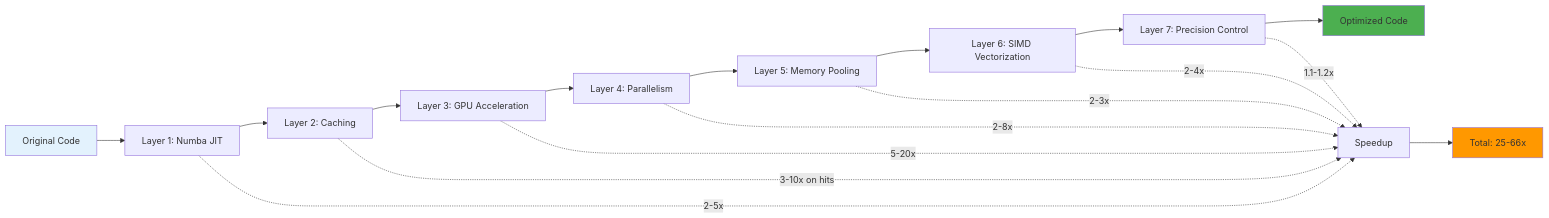
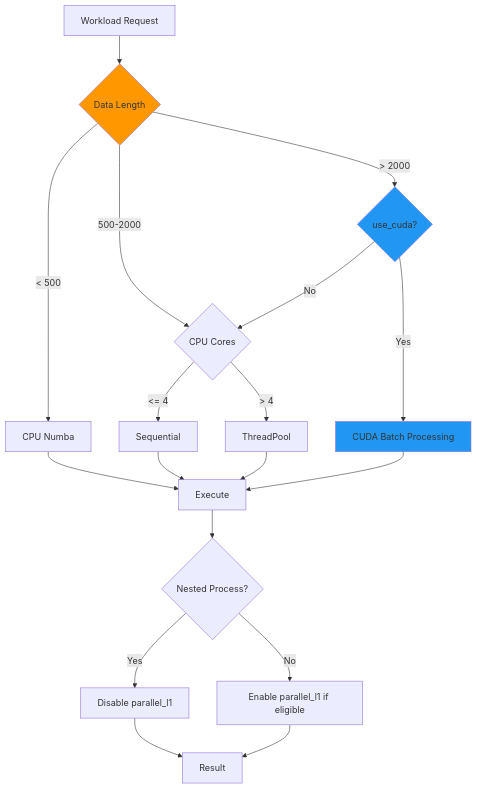
One commit to Nguyenthang2292/Sovereign-IQ changed diagram 12 of 12 in modules/adaptive_trend_LTS/docs/optimization_flow_diagram.md. Above: the diagram before and after it, drawn with Mermaid. The commit also changed other lines of this file and 81 other files, not shown here.

````diff
--- a/modules/adaptive_trend_LTS/docs/optimization_flow_diagram.md
+++ b/modules/adaptive_trend_LTS/docs/optimization_flow_diagram.md
@@ -508,25 +498,30 @@
 ```mermaid
-graph LR
-    A[Original Code] --> B[Layer 1: Numba JIT]
-    B --> C[Layer 2: Caching]
-    C --> D[Layer 3: GPU Acceleration]
-    D --> E[Layer 4: Parallelism]
-    E --> F[Layer 5: Memory Pooling]
-    F --> G[Layer 6: SIMD Vectorization]
-    G --> H[Layer 7: Precision Control]
-    H --> I[Optimized Code]
+graph TD
+    A[Workload Request] --> B{Data Length}
 
-    B -.->|2-5x| J[Speedup]
-    C -.->|3-10x on hits| J
-    D -.->|5-20x| J
-    E -.->|2-8x| J
-    F -.->|2-3x| J
-    G -.->|2-4x| J
-    H -.->|1.1-1.2x| J
+    B -->|< 500| C[CPU Numba]
+    B -->|500-2000| D{CPU Cores}
+    B -->|> 2000| E{use_cuda?}
 
-    J --> K[Total: 25-66x]
+    D -->|<= 4| F[Sequential]
+    D -->|> 4| G[ThreadPool]
 
-    style A fill:#E3F2FD
-    style I fill:#4CAF50
-    style K fill:#FF9800
+    E -->|Yes| H[CUDA Batch Processing]
+    E -->|No| D
+
+    C --> I[Execute]
+    F --> I
+    G --> I
+    H --> I
+
+    I --> J{Nested Process?}
+    J -->|Yes| K[Disable parallel_l1]
+    J -->|No| L[Enable parallel_l1 if eligible]
+
+    K --> M[Result]
+    L --> M
+
+    style B fill:#FF9800
+    style E fill:#2196F3
+    style H fill:#2196F3
 ```
````
